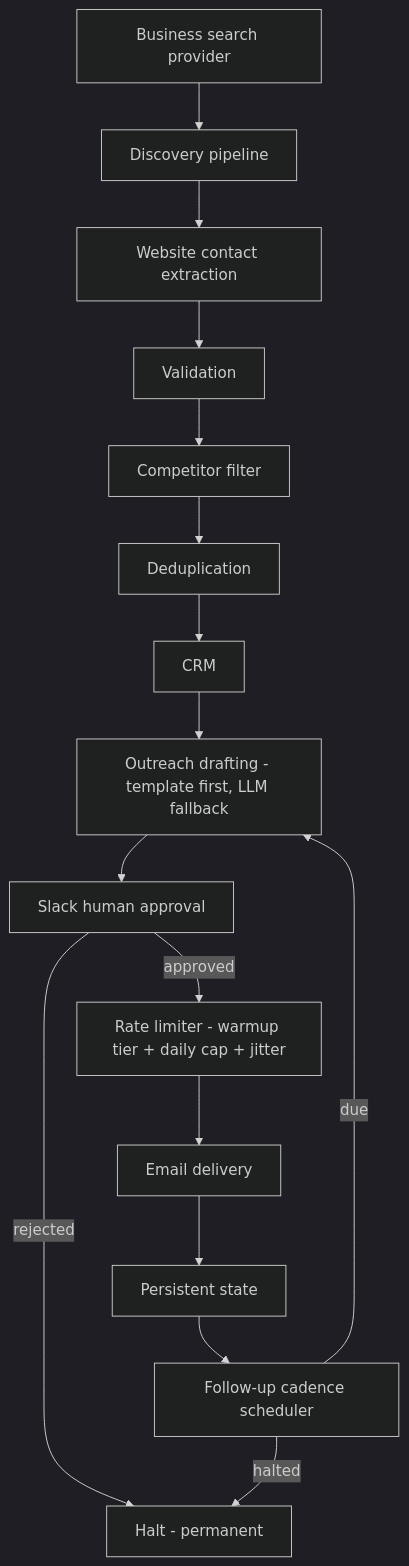
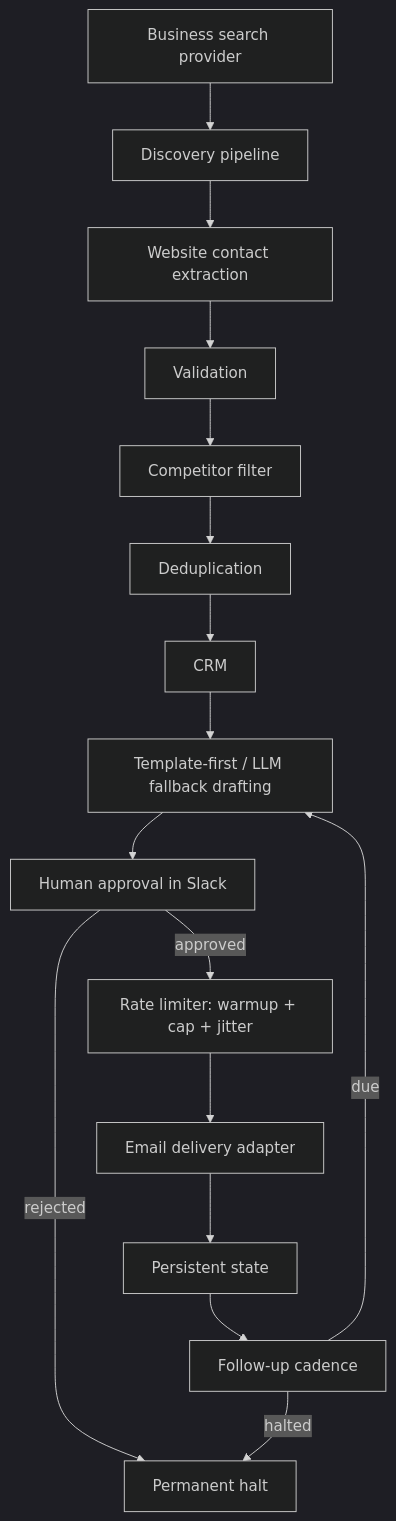
The diagram in README.md (rishabhgangrade27/b2b-ai-outreach-operations), drawn with Mermaid (dark theme) before and after one commit. The commit also changed other lines of this file, not shown here.

````diff
--- a/README.md
+++ b/README.md
@@ -30,18 +16,18 @@
 ```mermaid
 flowchart TD
     A[Business search provider] --> B[Discovery pipeline]
     B --> C[Website contact extraction]
     C --> D[Validation]
     D --> E[Competitor filter]
     E --> F[Deduplication]
     F --> G[CRM]
-    G --> H[Outreach drafting - template first, LLM fallback]
-    H --> I[Slack human approval]
-    I -- rejected --> J[Halt - permanent]
-    I -- approved --> K[Rate limiter - warmup tier + daily cap + jitter]
-    K --> L[Email delivery]
+    G --> H[Template-first / LLM fallback drafting]
+    H --> I[Human approval in Slack]
+    I -- rejected --> J[Permanent halt]
+    I -- approved --> K[Rate limiter: warmup + cap + jitter]
+    K --> L[Email delivery adapter]
     L --> M[Persistent state]
-    M --> N[Follow-up cadence scheduler]
+    M --> N[Follow-up cadence]
     N -- due --> H
     N -- halted --> J
 ```
````
